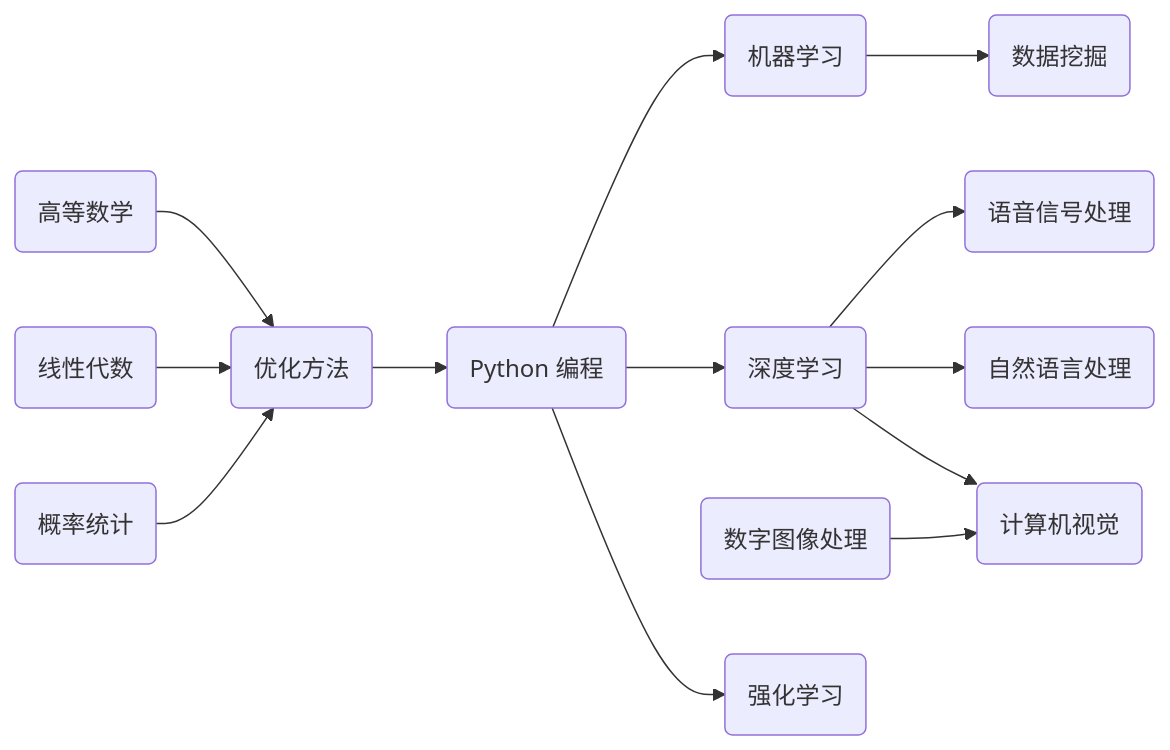
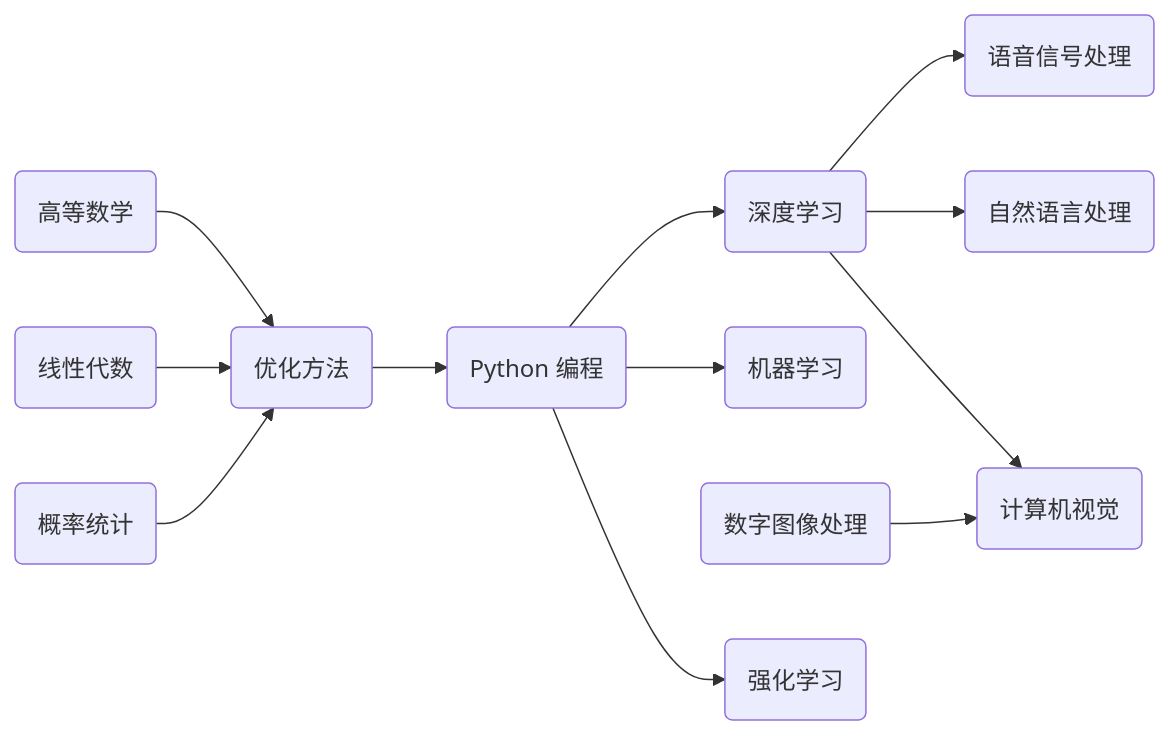
Before and after one commit to Explorer-Dong/open-csai-wiki: the first of 2 diagrams in docs/base/index.md, drawn with Mermaid. The commit also changed 19 other files, not shown here.

````diff
--- a/docs/base/index.md
+++ b/docs/base/index.md
@@ -11,43 +11,40 @@
 ```mermaid
 flowchart LR
     %% 实体定义（人工智能）
     python(Python 编程)
     数字图像处理(数字图像处理)
     机器学习(机器学习)
-    数据挖掘(数据挖掘)
     深度学习(深度学习)
     强化学习(强化学习)
     语音信号处理(语音信号处理)
     自然语言处理(自然语言处理)
     计算机视觉(计算机视觉)
 
     %% 关系定义
-    机器学习 --> 数据挖掘
     深度学习 --> 语音信号处理 & 自然语言处理 & 计算机视觉
     数字图像处理 --> 计算机视觉
 
     %% 实体定义（数学）
     高等数学(高等数学)
     线性代数(线性代数)
     概率统计(概率统计)
     优化方法(优化方法)
 
     %% 关系定义
     高等数学 & 线性代数 & 概率统计 --> 优化方法 --> python --> 机器学习 & 深度学习 & 强化学习
 
     %% 跳转链接
     click python "./ai/python/"
     click 数字图像处理 "./ai/digital-image-processing/"
     click 机器学习 "./ai/machine-learning/"
-    click 数据挖掘 "./ai/data-mining/"
     click 深度学习 "./ai/deep-learning/"
     click 强化学习 "./ai/reinforcement-learning/"
     click 语音信号处理 "./ai/speech-signal-processing/"
     click 自然语言处理 "./ai/natural-language-processing/"
     click 计算机视觉 "./ai/computer-vision/"
 
     click 高等数学 "./math/advanced-math/"
     click 线性代数 "./math/linear-algebra/"
     click 概率统计 "./math/probability-and-statistics/"
     click 优化方法 "./math/optimization-method/"
 ```
````
